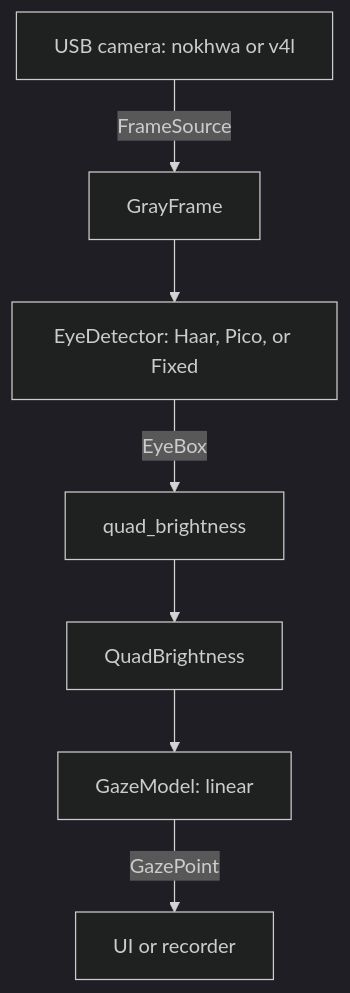
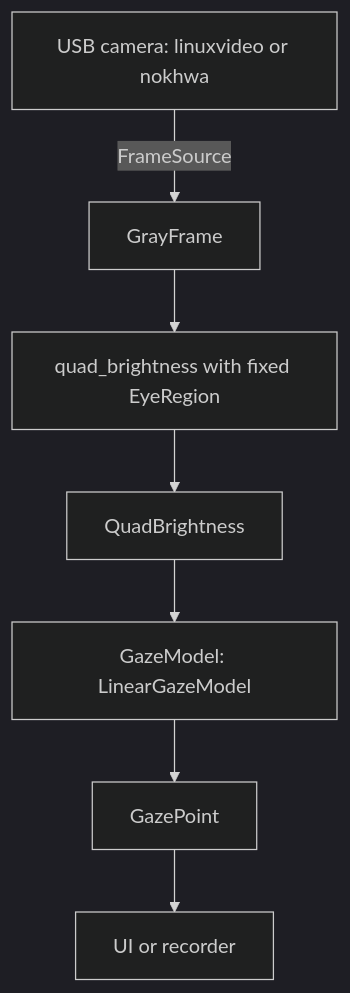
Before and after one commit to schmettow/yet-rs: the diagram in CV_analysis.md, drawn with Mermaid (dark theme). The commit also changed other lines of this file, not shown here.

````diff
--- a/CV_analysis.md
+++ b/CV_analysis.md
@@ -259,9 +260,9 @@
 ```mermaid
 flowchart TD
-    A["USB camera: nokhwa or v4l"] -->|FrameSource| B["GrayFrame"]
-    B --> C["EyeDetector: Haar, Pico, or Fixed"]
-    C -->|EyeBox| D["quad_brightness"]
-    D --> E["QuadBrightness"]
-    E --> F["GazeModel: linear"]
-    F -->|GazePoint| G["UI or recorder"]
+    A["USB camera: linuxvideo or nokhwa"] -->|FrameSource| B["GrayFrame"]
+    B --> C["quad_brightness with fixed EyeRegion"]
+    C --> D["QuadBrightness"]
+    D --> E["GazeModel: LinearGazeModel"]
+    E --> F["GazePoint"]
+    F --> G["UI or recorder"]
 ```
````
